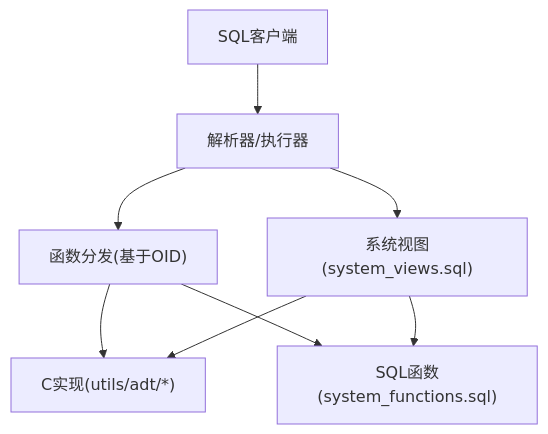
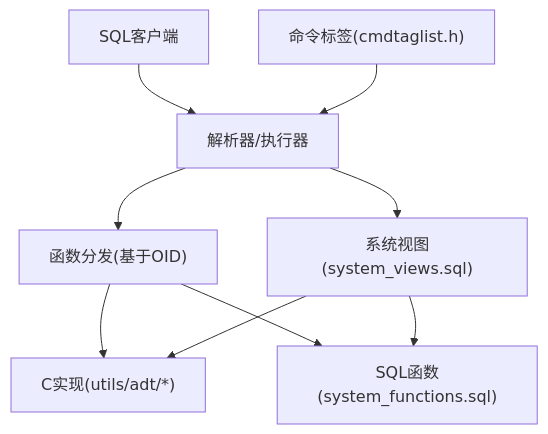
The first of 3 diagrams in .qoder/repowiki/zh/content/API参考/系统API参考.md (chirpyli/minipg), drawn with Mermaid before and after one commit. The commit also changed other lines of this file and 362 other files, not shown here.

````diff
--- a/.qoder/repowiki/zh/content/API参考/系统API参考.md
+++ b/.qoder/repowiki/zh/content/API参考/系统API参考.md
@@ -40,10 +50,11 @@
 ```mermaid
 graph TB
 A["SQL客户端"] --> B["解析器/执行器"]
 B --> C["函数分发(基于OID)"]
 C --> D["C实现(utils/adt/*)"]
 C --> E["SQL函数(system_functions.sql)"]
 B --> F["系统视图(system_views.sql)"]
 F --> D
 F --> E
+G["命令标签(cmdtaglist.h)"] --> B
 ```
````
